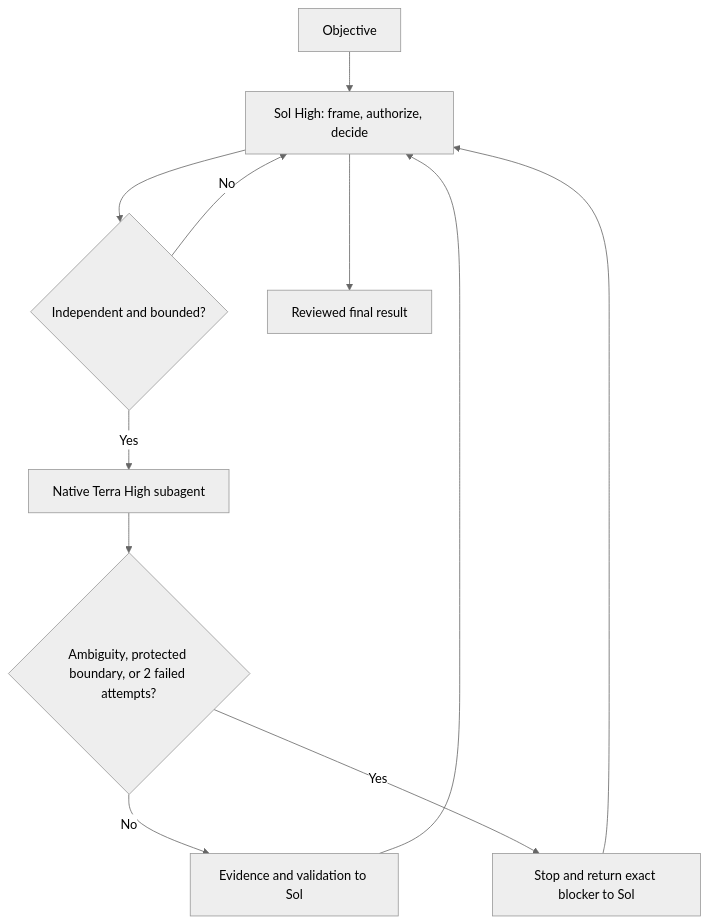
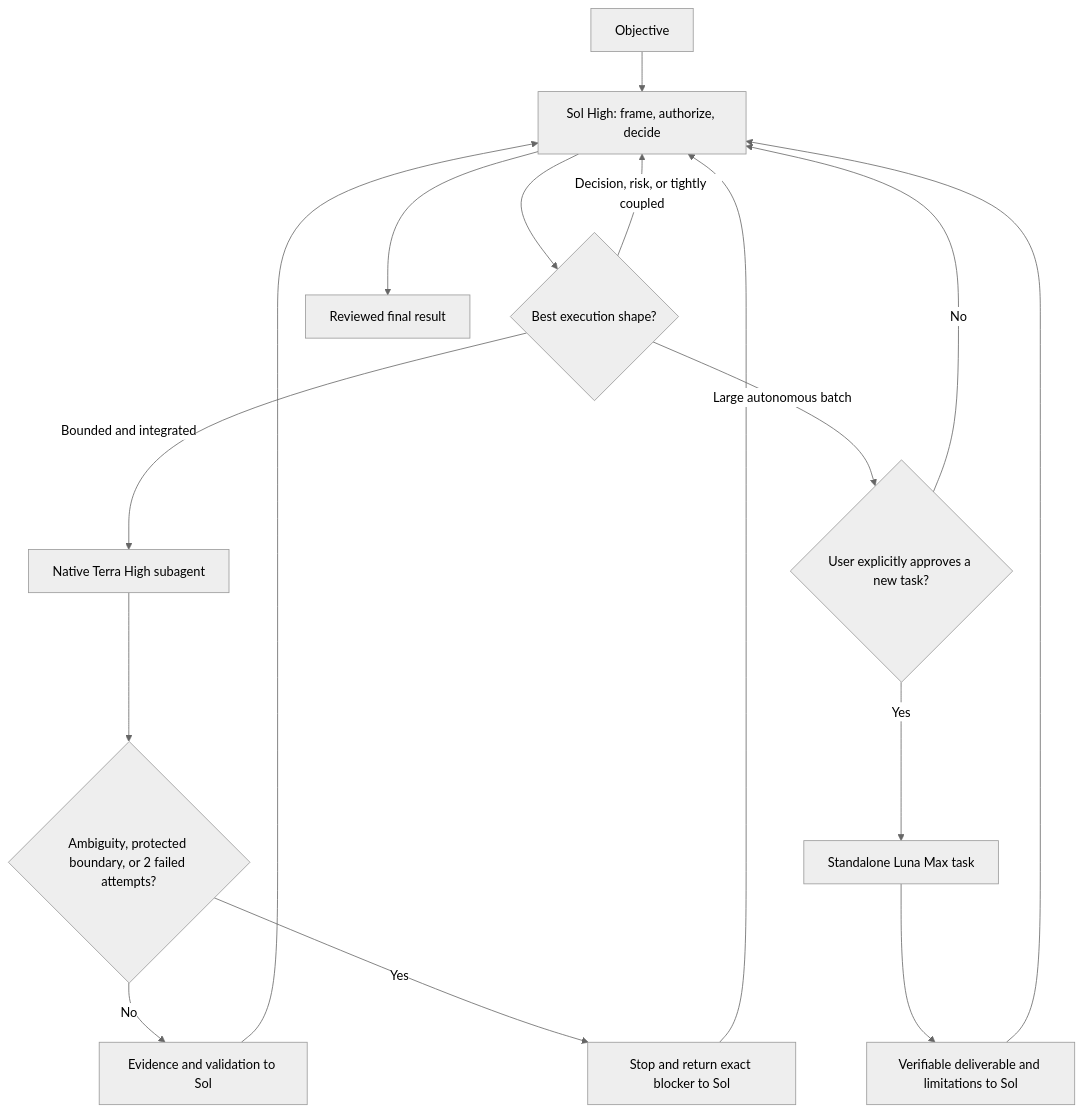
Before and after one commit to augiefra/codex-sol-terra-orchestration: the diagram in README.md, drawn with Mermaid (neutral theme). The commit also changed other lines of this file and 11 other files, not shown here.

Commit message:
Document standalone Luna Max task routing

````diff
--- a/README.md
+++ b/README.md
@@ -20,13 +24,18 @@
 ```mermaid
 flowchart TD
     U["Objective"] --> S["Sol High: frame, authorize, decide"]
-    S --> Q{"Independent and bounded?"}
-    Q -->|"No"| S
-    Q -->|"Yes"| T["Native Terra High subagent"]
+    S --> Q{"Best execution shape?"}
+    Q -->|"Decision, risk, or tightly coupled"| S
+    Q -->|"Bounded and integrated"| T["Native Terra High subagent"]
+    Q -->|"Large autonomous batch"| A{"User explicitly approves a new task?"}
+    A -->|"No"| S
+    A -->|"Yes"| L["Standalone Luna Max task"]
     T --> G{"Ambiguity, protected boundary, or 2 failed attempts?"}
     G -->|"No"| R["Evidence and validation to Sol"]
     G -->|"Yes"| B["Stop and return exact blocker to Sol"]
+    L --> H["Verifiable deliverable and limitations to Sol"]
     R --> S
     B --> S
+    H --> S
     S --> F["Reviewed final result"]
 ```
````
